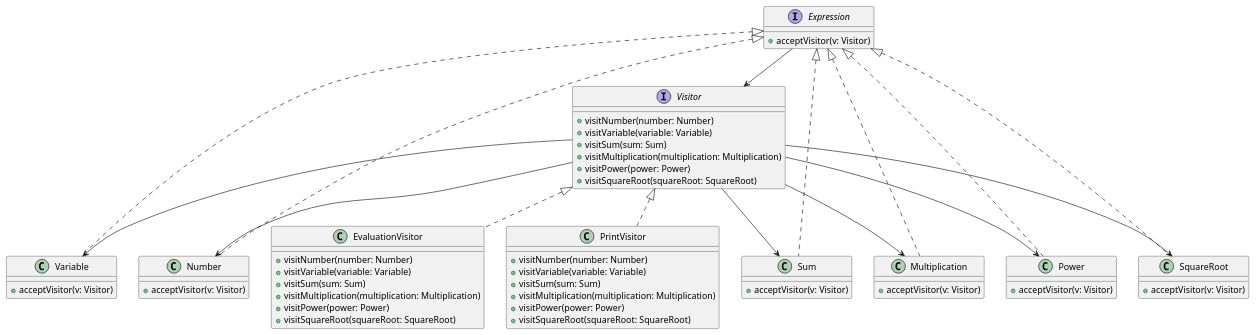
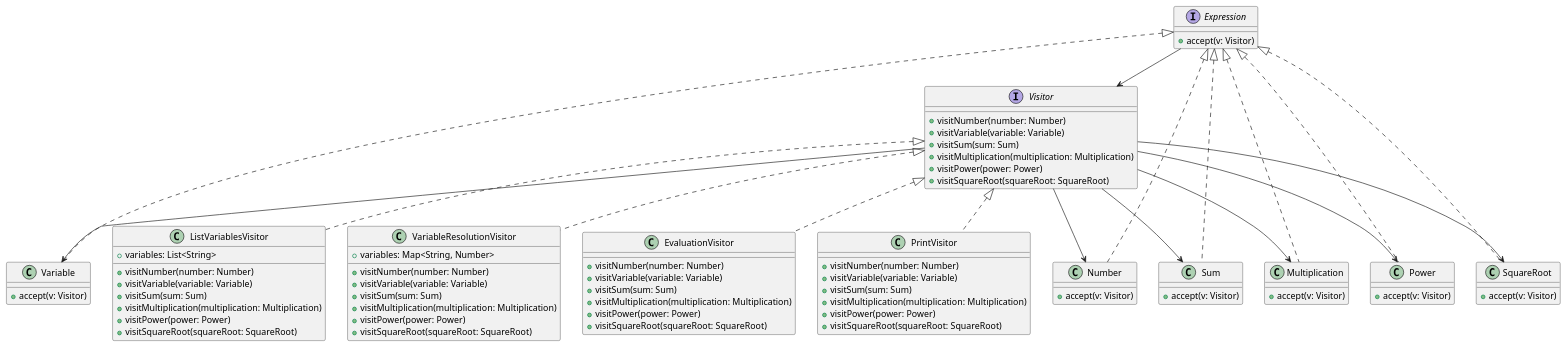
Before and after one commit to austral-ingsis-classroom/formula-tbgrati: the diagram in diagrams/function.puml, drawn with PlantUML.

```diff
--- a/diagrams/function.puml
+++ b/diagrams/function.puml
@@ -1,68 +1,87 @@
 @startuml
 
 interface Visitor{
     +visitNumber(number: Number)
     +visitVariable(variable: Variable)
     +visitSum(sum: Sum)
     +visitMultiplication(multiplication: Multiplication)
     +visitPower(power: Power)
     +visitSquareRoot(squareRoot: SquareRoot)
 }
 
 class EvaluationVisitor implements Visitor{
     +visitNumber(number: Number)
     +visitVariable(variable: Variable)
     +visitSum(sum: Sum)
     +visitMultiplication(multiplication: Multiplication)
     +visitPower(power: Power)
     +visitSquareRoot(squareRoot: SquareRoot)
 }
 
 class PrintVisitor implements Visitor{
     +visitNumber(number: Number)
     +visitVariable(variable: Variable)
     +visitSum(sum: Sum)
     +visitMultiplication(multiplication: Multiplication)
     +visitPower(power: Power)
     +visitSquareRoot(squareRoot: SquareRoot)
 }
 
+class ListVariablesVisitor implements Visitor{
+    +variables: List<String>
+    +visitNumber(number: Number)
+    +visitVariable(variable: Variable)
+    +visitSum(sum: Sum)
+    +visitMultiplication(multiplication: Multiplication)
+    +visitPower(power: Power)
+    +visitSquareRoot(squareRoot: SquareRoot)
+}
+
+class VariableResolutionVisitor implements Visitor{
+    +variables: Map<String, Number>
+    +visitNumber(number: Number)
+    +visitVariable(variable: Variable)
+    +visitSum(sum: Sum)
+    +visitMultiplication(multiplication: Multiplication)
+    +visitPower(power: Power)
+    +visitSquareRoot(squareRoot: SquareRoot)
+}
 
 interface Expression{
-    +acceptVisitor(v: Visitor)
+    +accept(v: Visitor)
 }
 
 class Variable implements Expression{
-    +acceptVisitor(v: Visitor)
+    +accept(v: Visitor)
 }
 
 class Number implements Expression{
-    +acceptVisitor(v: Visitor)
+    +accept(v: Visitor)
 }
 
 class Sum implements Expression{
-    +acceptVisitor(v: Visitor)
+    +accept(v: Visitor)
 }
 
 class Multiplication implements Expression{
-    +acceptVisitor(v: Visitor)
+    +accept(v: Visitor)
 }
 
 class Power implements Expression{
-    +acceptVisitor(v: Visitor)
+    +accept(v: Visitor)
 }
 
 class SquareRoot implements Expression{
-    +acceptVisitor(v: Visitor)
+    +accept(v: Visitor)
 }
 
 Visitor --> Variable
 Visitor --> Number
 Visitor --> Sum
 Visitor --> Multiplication
 Visitor --> SquareRoot
 Visitor --> Power
 Expression --> Visitor
 
 
 @enduml
```
